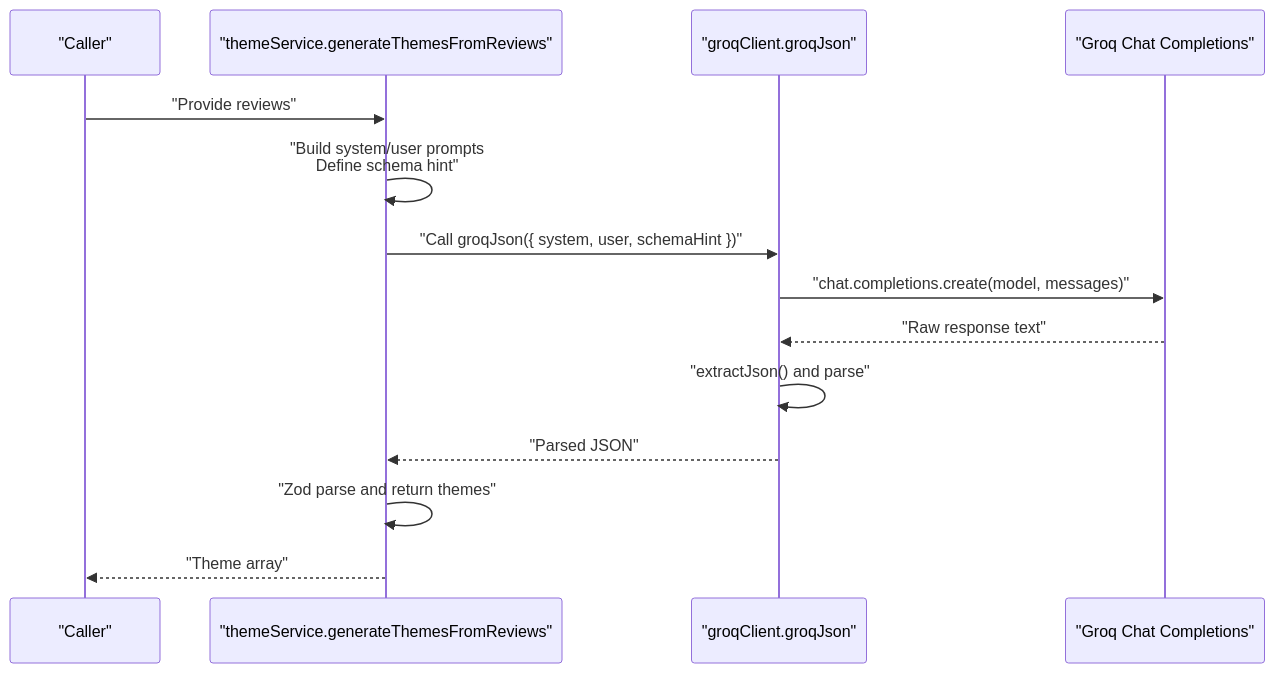
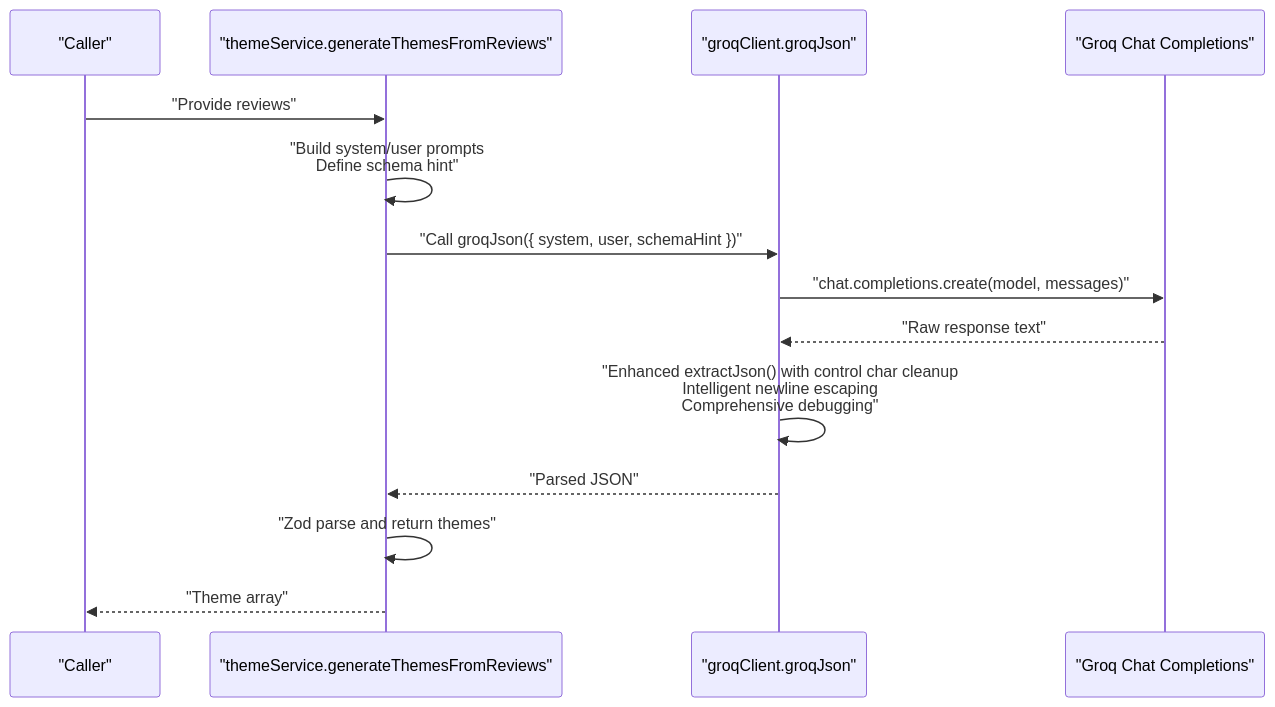
One commit to aravinthraj-ramalingam/Groww-App-Review-Insights-Analyzer- changed the second of 9 diagrams in .qoder/repowiki/en/content/Phase 2_ Advanced Analytics & Automation/LLM Integration with Groq.md. Above: the diagram before and after it, drawn with Mermaid. The commit also changed other lines of this file and 4 other files, not shown here.

Commit message:
Fix JSON newline escaping with state machine parser

````diff
--- a/.qoder/repowiki/en/content/Phase 2_ Advanced Analytics & Automation/LLM Integration with Groq.md
+++ b/.qoder/repowiki/en/content/Phase 2_ Advanced Analytics & Automation/LLM Integration with Groq.md
@@ -109,16 +118,16 @@
 ```mermaid
 sequenceDiagram
 participant Client as "Caller"
 participant ThemeSvc as "themeService.generateThemesFromReviews"
 participant GroqCli as "groqClient.groqJson"
 participant GroqAPI as "Groq Chat Completions"
 Client->>ThemeSvc : "Provide reviews"
 ThemeSvc->>ThemeSvc : "Build system/user prompts<br/>Define schema hint"
 ThemeSvc->>GroqCli : "Call groqJson({ system, user, schemaHint })"
 GroqCli->>GroqAPI : "chat.completions.create(model, messages)"
 GroqAPI-->>GroqCli : "Raw response text"
-GroqCli->>GroqCli : "extractJson() and parse"
+GroqCli->>GroqCli : "Enhanced extractJson() with control char cleanup<br/>Intelligent newline escaping<br/>Comprehensive debugging"
 GroqCli-->>ThemeSvc : "Parsed JSON"
 ThemeSvc->>ThemeSvc : "Zod parse and return themes"
 ThemeSvc-->>Client : "Theme array"
 ```
````
